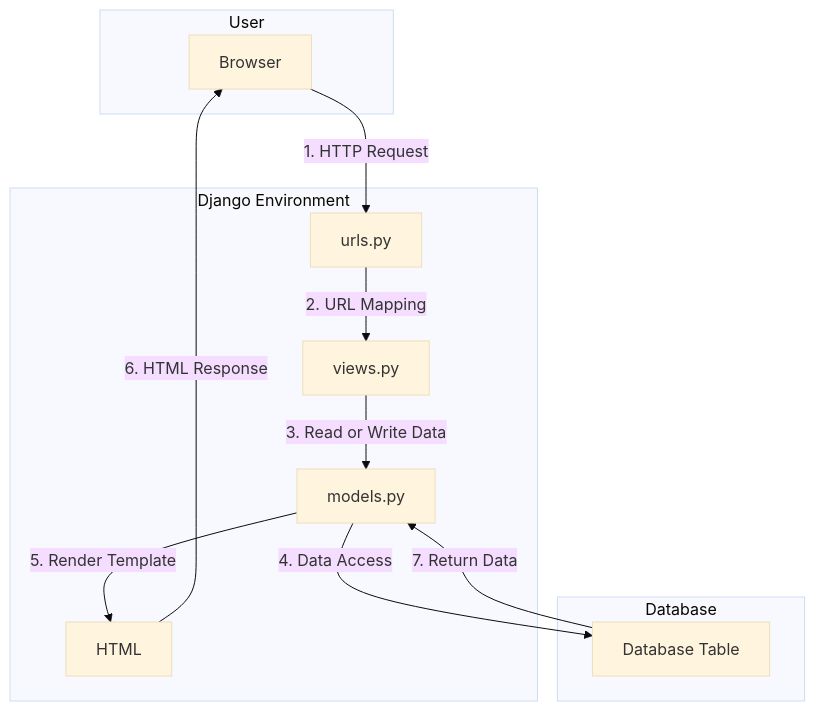
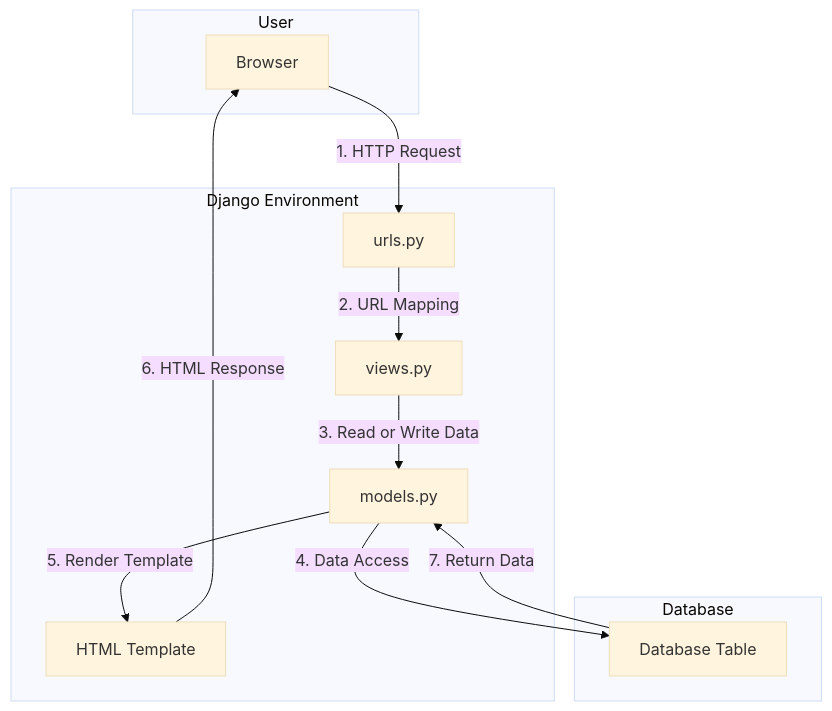
Before and after one commit to ardhika23/inventory_list: the diagram in README.md, drawn with Mermaid (base theme). The commit also changed other lines of this file, not shown here.

````diff
--- a/README.md
+++ b/README.md
@@ -93,27 +93,27 @@
 ```mermaid
 graph TB
 
     subgraph User
         A[Browser]
     end
 
     subgraph Django Environment
         B[urls.py]
         C[views.py]
         D[models.py]
-        E[HTML]
+        E[HTML Template]
     end
 
     subgraph Database
         F[Database Table]
     end
 
     %% Defining the flow in a square pattern
     A -->|1. HTTP Request| B
     B -->|2. URL Mapping| C
     C -->|3. Read or Write Data| D
     D -->|4. Data Access| F
     F -->|7. Return Data| D
     D -->|5. Render Template| E
     E -->|6. HTML Response| A
 ```
````
